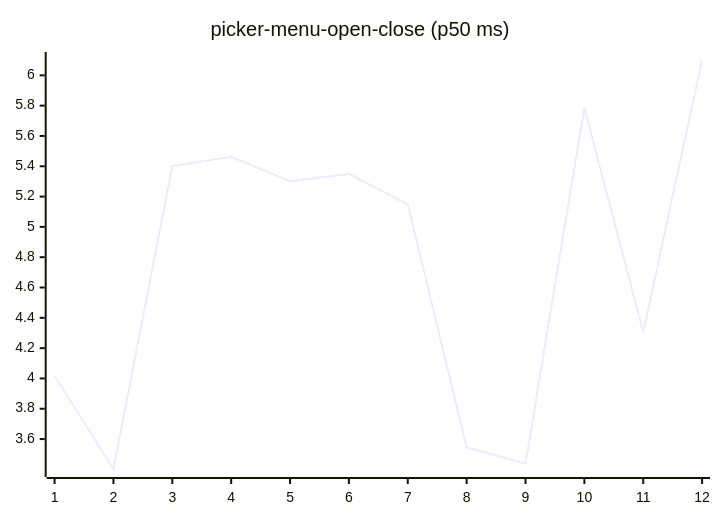
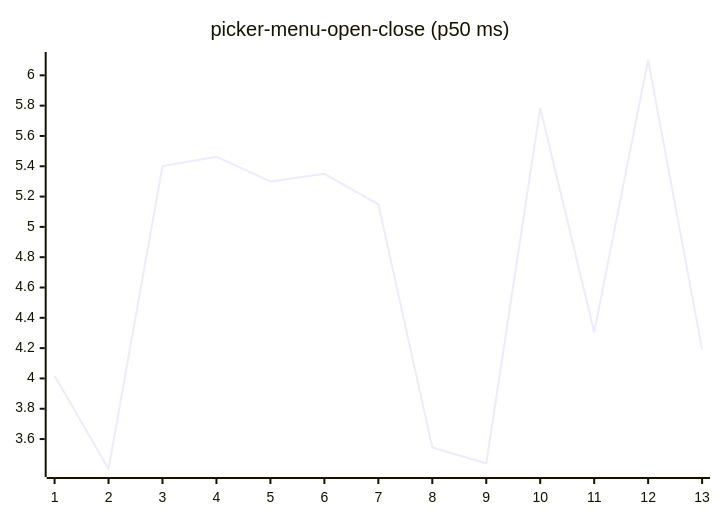
Before and after one commit to josha/Facet: diagram 16 of 27 in README.md, drawn with Mermaid. The commit also changed other lines of this file and 2 other files, not shown here.

````diff
--- a/README.md
+++ b/README.md
@@ -168,6 +168,6 @@
 ```mermaid
 xychart-beta
     title "picker-menu-open-close (p50 ms)"
-    x-axis 1 --> 12
-    line [4.0174, 3.4024, 5.4017, 5.4631, 5.2994, 5.3502, 5.1493, 3.5447, 3.4388, 5.7846, 4.3066, 6.1012]
+    x-axis 1 --> 13
+    line [4.0174, 3.4024, 5.4017, 5.4631, 5.2994, 5.3502, 5.1493, 3.5447, 3.4388, 5.7846, 4.3066, 6.1012, 4.1897]
 ```
````
